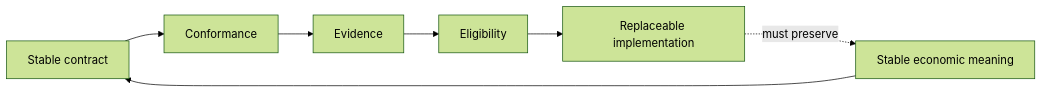
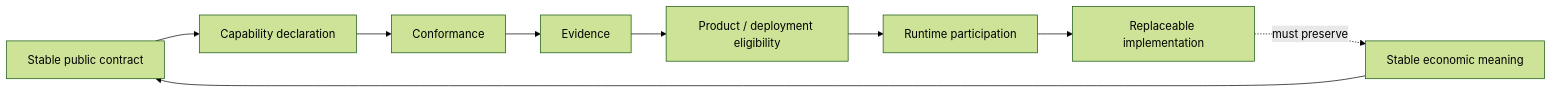
Before and after one commit to alan-schramm/Sails-Protocol: the ninth of 9 diagrams in docs/SAILS_PROTOCOL_ANATOMY.md, drawn with Mermaid (forest theme). The commit also changed other lines of this file, not shown here.

Commit message:
docs: harden anatomy authority failure and eligibility semantics

````diff
--- a/docs/SAILS_PROTOCOL_ANATOMY.md
+++ b/docs/SAILS_PROTOCOL_ANATOMY.md
@@ -480,13 +540,15 @@
 ```mermaid
 flowchart LR
-    CONTRACT["Stable contract"]
+    CONTRACT["Stable public contract"]
+    DECL["Capability declaration"]
     CONF["Conformance"]
     EVID["Evidence"]
-    ELIG["Eligibility"]
+    ELIG["Product / deployment eligibility"]
+    RUNTIME["Runtime participation"]
     EXEC["Replaceable implementation"]
     MEANING["Stable economic meaning"]
 
-    CONTRACT --> CONF --> EVID --> ELIG --> EXEC
     MEANING --> CONTRACT
+    CONTRACT --> DECL --> CONF --> EVID --> ELIG --> RUNTIME --> EXEC
     EXEC -. "must preserve" .-> MEANING
 ```
````
